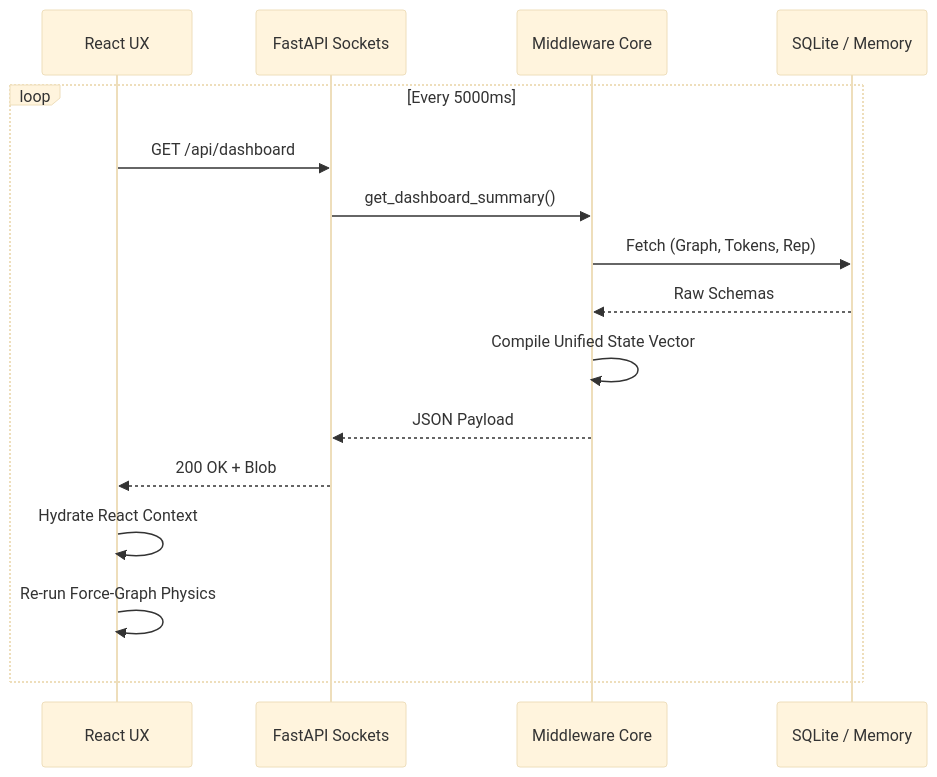
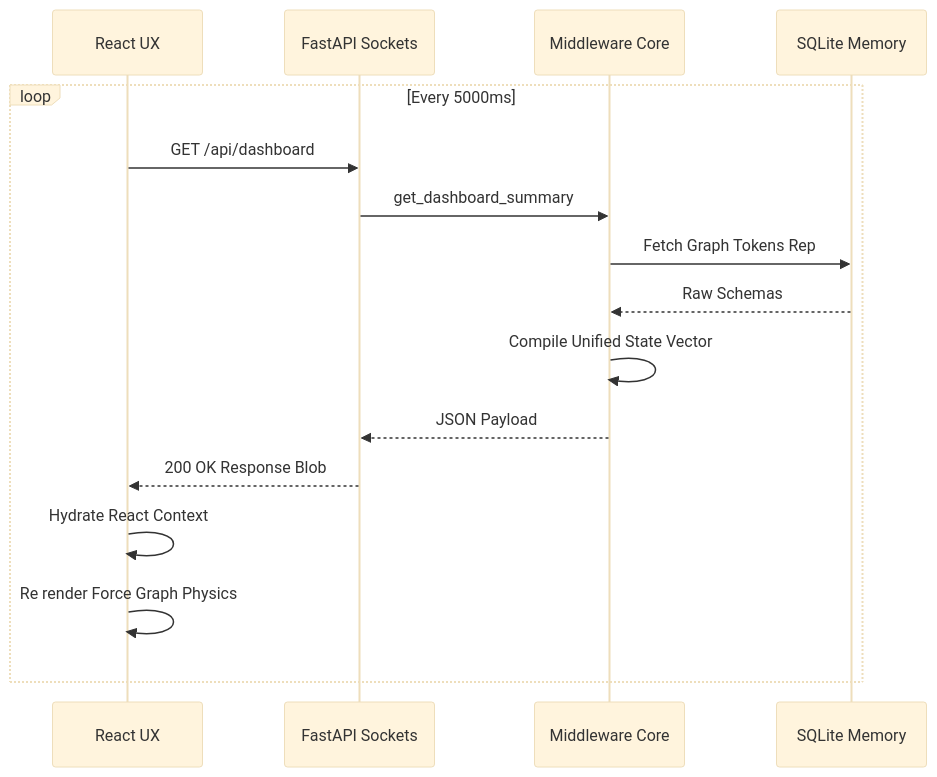
Before and after one commit to MrDecryptDecipher/Agent-Trust: the tenth of 30 diagrams in README.md, drawn with Mermaid (base theme). The commit also changed other lines of this file, not shown here.

````diff
--- a/README.md
+++ b/README.md
@@ -216,19 +216,19 @@
 ```mermaid
 sequenceDiagram
     participant UI as React UX 
     participant F as FastAPI Sockets
     participant M as Middleware Core
-    participant DB as SQLite / Memory
+    participant DB as SQLite Memory
     
     loop Every 5000ms
         UI->>F: GET /api/dashboard
-        F->>M: get_dashboard_summary()
-        M->>DB: Fetch (Graph, Tokens, Rep)
+        F->>M: get_dashboard_summary
+        M->>DB: Fetch Graph Tokens Rep
         DB-->>M: Raw Schemas
         M->>M: Compile Unified State Vector
         M-->>F: JSON Payload
-        F-->>UI: 200 OK + Blob
+        F-->>UI: 200 OK Response Blob
         UI->>UI: Hydrate React Context
-        UI->>UI: Re-run Force-Graph Physics
+        UI->>UI: Re render Force Graph Physics
     end
 ```
````
